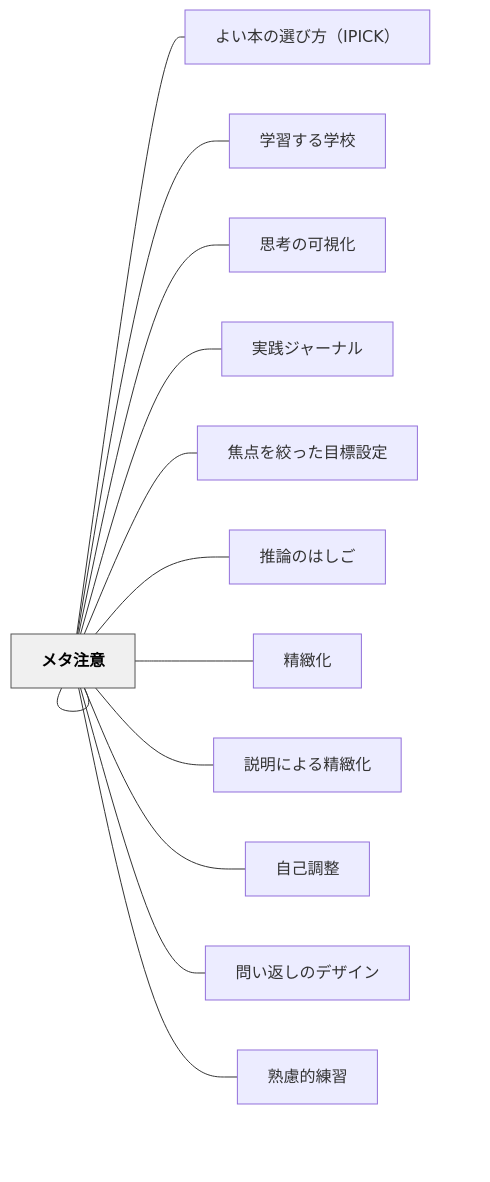
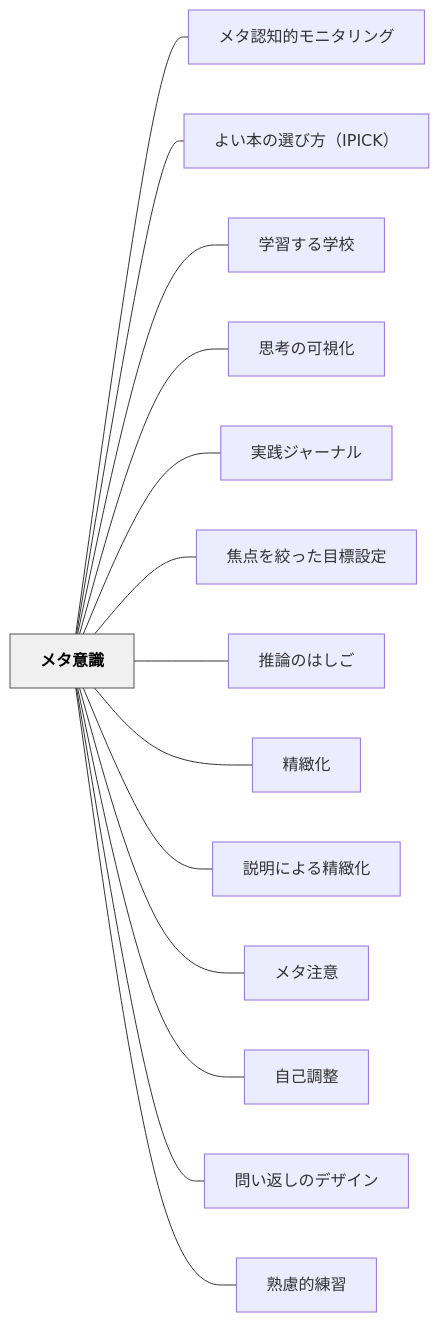
Before and after one commit to unknownthings-ed-patterns/unknownthings-ed-patterns: the diagram in content/パタン/メタ意識.md, drawn with Mermaid. The commit also changed 527 other files, not shown here.

````diff
--- a/content/パタン/メタ意識.md
+++ b/content/パタン/メタ意識.md
@@ -83,34 +83,34 @@
 ```mermaid
 flowchart LR
-    ne383a1e382bf["メタ意識"]
-    ne383a1e382bf["メタ認知的モニタリング"]
-    ne38288e38184["よい本の選び方（IPICK）"]
-    ne5ada6e7bf92["学習する学校"]
-    ne6809de88083["思考の可視化"]
-    ne5ae9fe8b7b5["実践ジャーナル"]
-    ne784a6e782b9["焦点を絞った目標設定"]
-    ne68ea8e8ab96["推論のはしご"]
-    ne7b2bee7b7bb["精緻化"]
-    ne8aaace6988e["説明による精緻化"]
-    ne383a1e382bf["メタ注意"]
-    ne887aae5b7b1["自己調整"]
-    ne5958fe38184["問い返しのデザイン"]
-    ne7869fe685ae["熟慮的練習"]
+    ne383a1e382bfe6848fe8ad98["メタ意識"]
+    ne383a1e382bfe8aa8de79fa5e79a84e383a2e3838be382bfe383aae383b3e382b0["メタ認知的モニタリング"]
+    ne38288e38184e69cace381aee981b8e381b3e696b9efbc88495049434befbc89["よい本の選び方（IPICK）"]
+    ne5ada6e7bf92e38199e3828be5ada6e6a0a1["学習する学校"]
+    ne6809de88083e381aee58fafe8a696e58c96["思考の可視化"]
+    ne5ae9fe8b7b5e382b8e383a3e383bce3838ae383ab["実践ジャーナル"]
+    ne784a6e782b9e38292e7b59ee381a3e3819fe79baee6a899e8a8ade5ae9a["焦点を絞った目標設定"]
+    ne68ea8e8ab96e381aee381afe38197e38194["推論のはしご"]
+    ne7b2bee7b7bbe58c96["精緻化"]
+    ne8aaace6988ee381abe38288e3828be7b2bee7b7bbe58c96["説明による精緻化"]
+    ne383a1e382bfe6b3a8e6848f["メタ注意"]
+    ne887aae5b7b1e8aabfe695b4["自己調整"]
+    ne5958fe38184e8bf94e38197e381aee38387e382b6e382a4e383b3["問い返しのデザイン"]
+    ne7869fe685aee79a84e7b7b4e7bf92["熟慮的練習"]
 
-    ne383a1e382bf --- ne383a1e382bf
-    ne383a1e382bf --- ne38288e38184
-    ne383a1e382bf --- ne5ada6e7bf92
-    ne383a1e382bf --- ne6809de88083
-    ne383a1e382bf --- ne5ae9fe8b7b5
-    ne383a1e382bf --- ne784a6e782b9
-    ne383a1e382bf --- ne68ea8e8ab96
-    ne383a1e382bf --- ne7b2bee7b7bb
-    ne383a1e382bf --- ne8aaace6988e
-    ne383a1e382bf --- ne383a1e382bf
-    ne383a1e382bf --- ne887aae5b7b1
-    ne383a1e382bf --- ne5958fe38184
-    ne383a1e382bf --- ne7869fe685ae
+    ne383a1e382bfe6848fe8ad98 --- ne383a1e382bfe8aa8de79fa5e79a84e383a2e3838be382bfe383aae383b3e382b0
+    ne383a1e382bfe6848fe8ad98 --- ne38288e38184e69cace381aee981b8e381b3e696b9efbc88495049434befbc89
+    ne383a1e382bfe6848fe8ad98 --- ne5ada6e7bf92e38199e3828be5ada6e6a0a1
+    ne383a1e382bfe6848fe8ad98 --- ne6809de88083e381aee58fafe8a696e58c96
+    ne383a1e382bfe6848fe8ad98 --- ne5ae9fe8b7b5e382b8e383a3e383bce3838ae383ab
+    ne383a1e382bfe6848fe8ad98 --- ne784a6e782b9e38292e7b59ee381a3e3819fe79baee6a899e8a8ade5ae9a
+    ne383a1e382bfe6848fe8ad98 --- ne68ea8e8ab96e381aee381afe38197e38194
+    ne383a1e382bfe6848fe8ad98 --- ne7b2bee7b7bbe58c96
+    ne383a1e382bfe6848fe8ad98 --- ne8aaace6988ee381abe38288e3828be7b2bee7b7bbe58c96
+    ne383a1e382bfe6848fe8ad98 --- ne383a1e382bfe6b3a8e6848f
+    ne383a1e382bfe6848fe8ad98 --- ne887aae5b7b1e8aabfe695b4
+    ne383a1e382bfe6848fe8ad98 --- ne5958fe38184e8bf94e38197e381aee38387e382b6e382a4e383b3
+    ne383a1e382bfe6848fe8ad98 --- ne7869fe685aee79a84e7b7b4e7bf92
 
     classDef hub fill:#f0f0f0,stroke:#555,color:#000,font-weight:bold
-    class ne383a1e382bf hub
+    class ne383a1e382bfe6848fe8ad98 hub
 ```
````
